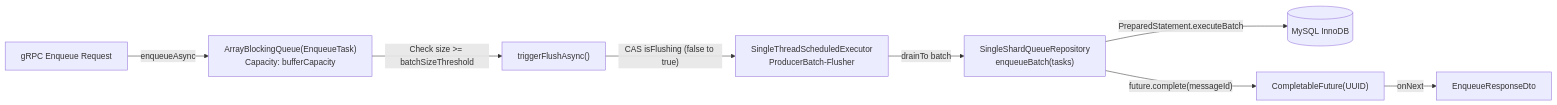
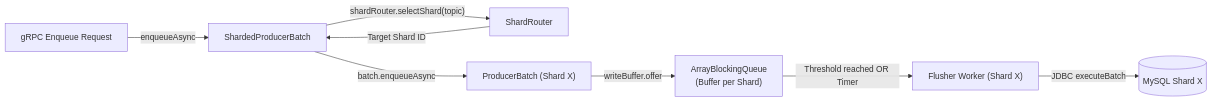
Before and after one commit to KhaiHust/FOQS: the second of 9 diagrams in DOCS.md, drawn with Mermaid. The commit also changed other lines of this file and 20 other files, not shown here.

Commit message:
feat(core): implement consistent hashing shard router and scatter-gather ACK/NACK

````diff
--- a/DOCS.md
+++ b/DOCS.md
@@ -154,10 +215,10 @@
 ```mermaid
 flowchart LR
-    RPC["gRPC Enqueue Request"] -->|"enqueueAsync"| Q["ArrayBlockingQueue(EnqueueTask)<br/>Capacity: bufferCapacity"]
-    Q -->|"Check size >= batchSizeThreshold"| Trigger["triggerFlushAsync()"]
-    Trigger -->|"CAS isFlushing (false to true)"| Exec["SingleThreadScheduledExecutor<br/>ProducerBatch-Flusher"]
-    Exec -->|"drainTo batch"| BatchInsert["SingleShardQueueRepository<br/>enqueueBatch(tasks)"]
-    BatchInsert -->|"PreparedStatement.executeBatch"| DB[("MySQL InnoDB")]
-    BatchInsert -->|"future.complete(messageId)"| Future["CompletableFuture(UUID)"]
-    Future -->|"onNext"| Resp["EnqueueResponseDto"]
+    RPC["gRPC Enqueue Request"] -->|"enqueueAsync"| SPB["ShardedProducerBatch"]
+    SPB -->|"shardRouter.selectShard(topic)"| Router["ShardRouter"]
+    Router -->|"Target Shard ID"| SPB
+    SPB -->|"batch.enqueueAsync"| PB["ProducerBatch (Shard X)"]
+    PB -->|"writeBuffer.offer"| Q["ArrayBlockingQueue<br/>(Buffer per Shard)"]
+    Q -->|"Threshold reached OR Timer"| Flusher["Flusher Worker (Shard X)"]
+    Flusher -->|"JDBC executeBatch"| DB[("MySQL Shard X")]
 ```
````
